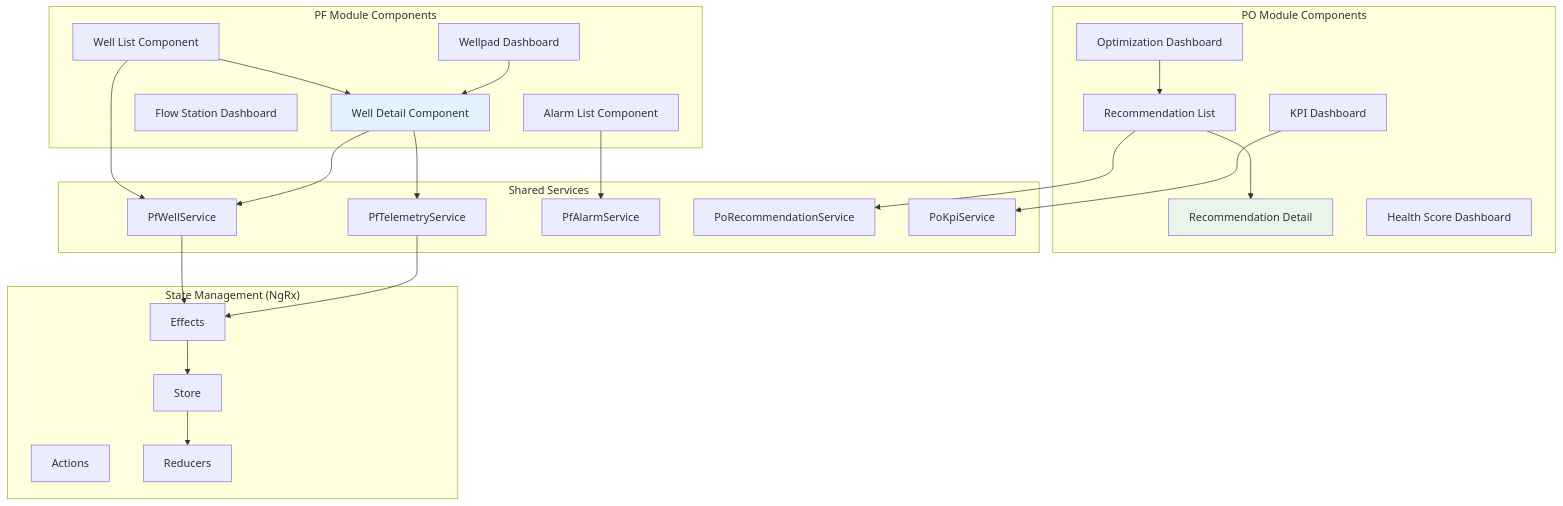
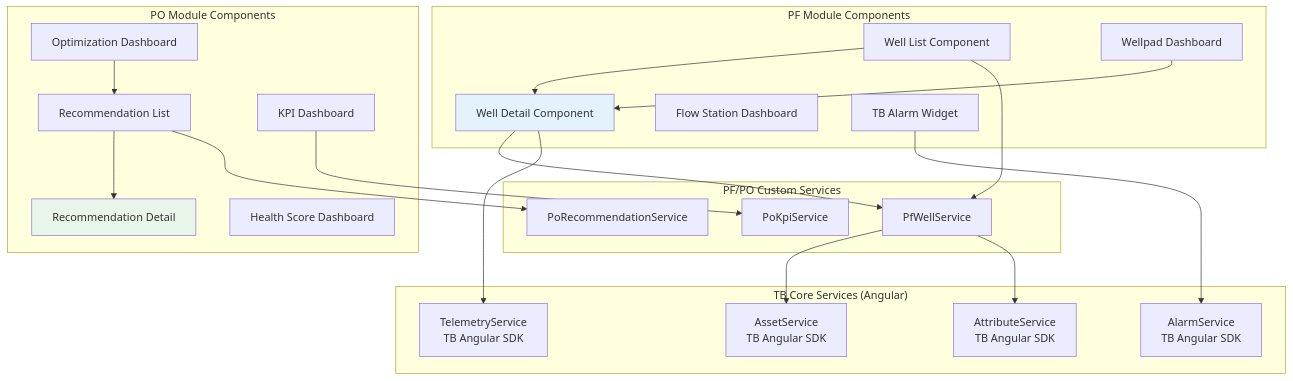
One commit to diazhh/nexus changed diagram 21 of 23 in dev/op/DIAGRAMS.md. Above: the diagram before and after it, drawn with Mermaid. The commit also changed other lines of this file and 109 other files, not shown here.

````diff
--- a/dev/op/DIAGRAMS.md
+++ b/dev/op/DIAGRAMS.md
@@ -720,55 +1048,51 @@
 ```mermaid
 graph TB
     subgraph "PF Module Components"
         WellList[Well List Component]
         WellDetail[Well Detail Component]
         WellpadDash[Wellpad Dashboard]
         FlowStation[Flow Station Dashboard]
-        AlarmList[Alarm List Component]
-        
+        AlarmList[TB Alarm Widget]
+
         WellList --> WellDetail
         WellpadDash --> WellDetail
     end
-    
+
     subgraph "PO Module Components"
         OptDash[Optimization Dashboard]
         RecList[Recommendation List]
         RecDetail[Recommendation Detail]
         KpiDash[KPI Dashboard]
         HealthDash[Health Score Dashboard]
-        
+
         OptDash --> RecList
         RecList --> RecDetail
     end
-    
-    subgraph "Shared Services"
+
+    subgraph "TB Core Services (Angular)"
+        AssetSvc[AssetService<br/>TB Angular SDK]
+        AttrSvc[AttributeService<br/>TB Angular SDK]
+        AlarmSvc[AlarmService<br/>TB Angular SDK]
+        TeleSvc[TelemetryService<br/>TB Angular SDK]
+    end
+
+    subgraph "PF/PO Custom Services"
         WellSvc[PfWellService]
-        TeleSvc[PfTelemetryService]
-        AlarmSvc[PfAlarmService]
         RecSvc[PoRecommendationService]
         KpiSvc[PoKpiService]
     end
-    
-    subgraph "State Management (NgRx)"
-        Store[Store]
-        Actions[Actions]
-        Reducers[Reducers]
-        Effects[Effects]
-    end
-    
+
     WellList --> WellSvc
     WellDetail --> WellSvc
     WellDetail --> TeleSvc
     AlarmList --> AlarmSvc
-    
+
     RecList --> RecSvc
     KpiDash --> KpiSvc
-    
-    WellSvc --> Effects
-    TeleSvc --> Effects
-    Effects --> Store
-    Store --> Reducers
-    
+
+    WellSvc --> AssetSvc
+    WellSvc --> AttrSvc
+
     style WellDetail fill:#E3F2FD
     style RecDetail fill:#E8F5E9
 ```
````
